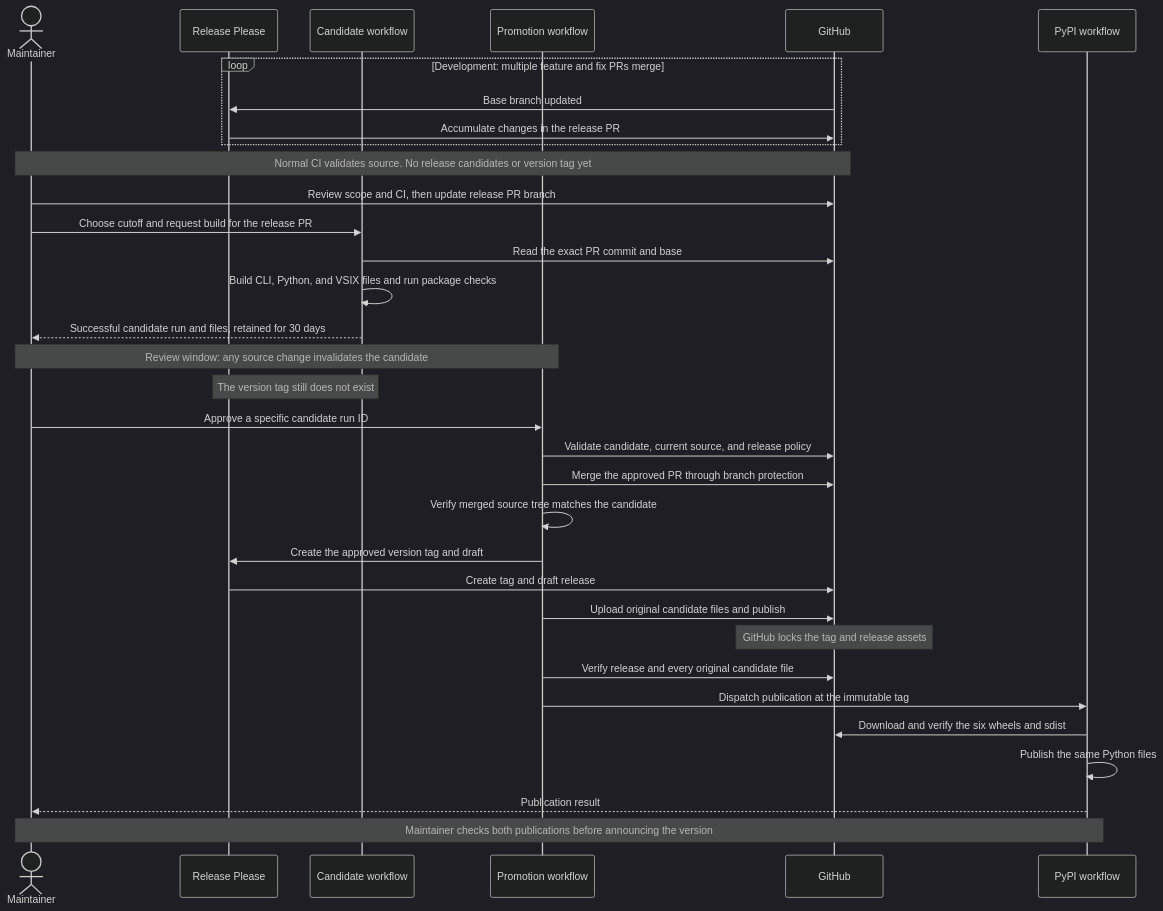
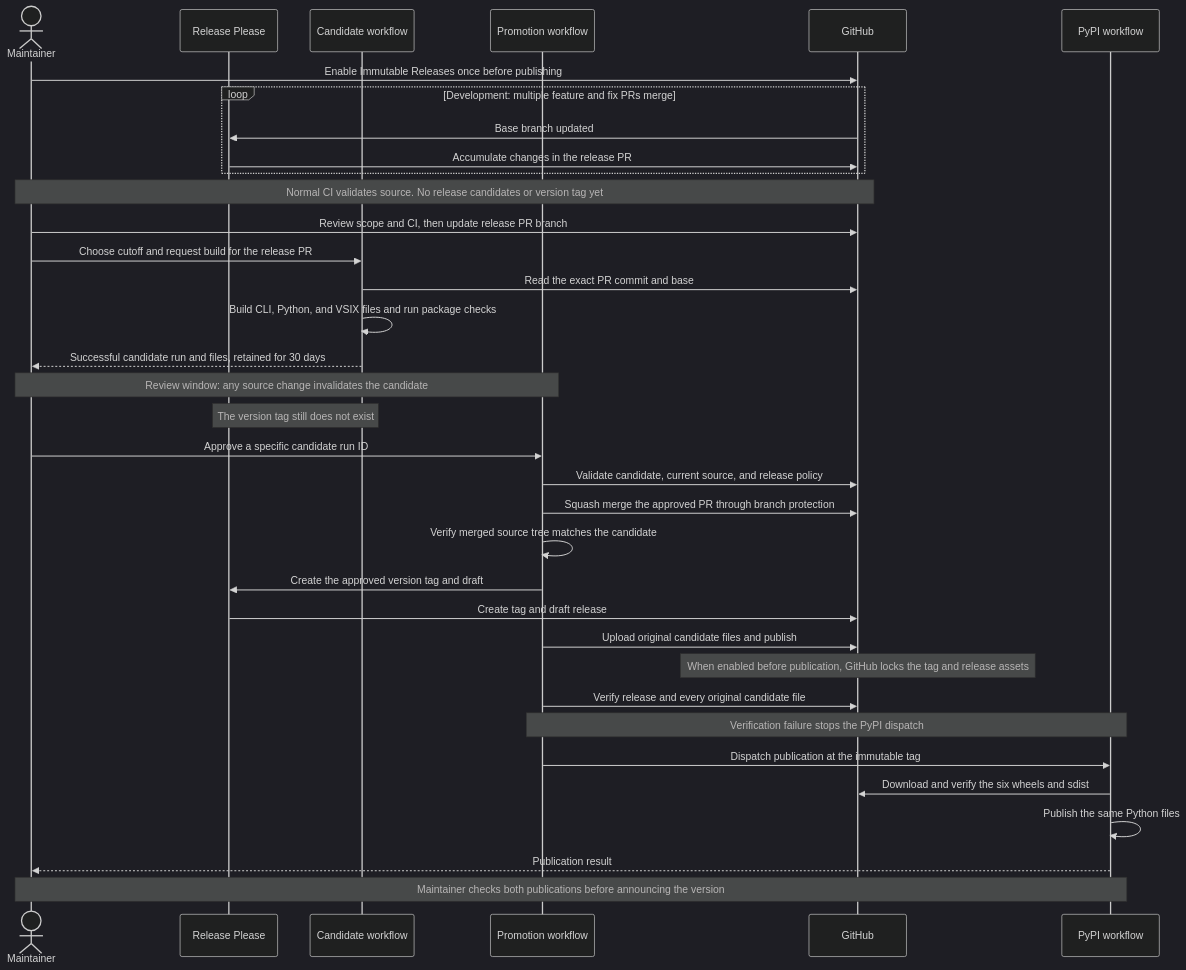
Before and after one commit to NatLabRockies/arco: the first of 2 diagrams in RELEASE_POLICY.md, drawn with Mermaid (dark theme). The commit also changed other lines of this file and 2 other files, not shown here.

First line of the commit message:
fix(release): use GITHUB_TOKEN and squash merges for promotion (#415)

````diff
--- a/RELEASE_POLICY.md
+++ b/RELEASE_POLICY.md
@@ -35,39 +37,41 @@
 ```mermaid
 sequenceDiagram
     actor M as Maintainer
     participant RP as Release Please
     participant B as Candidate workflow
     participant P as Promotion workflow
     participant GH as GitHub
     participant PY as PyPI workflow
 
+    M->>GH: Enable Immutable Releases once before publishing
     loop Development: multiple feature and fix PRs merge
         GH->>RP: Base branch updated
         RP->>GH: Accumulate changes in the release PR
     end
     Note over M,GH: Normal CI validates source. No release candidates or version tag yet
 
     M->>GH: Review scope and CI, then update release PR branch
     M->>B: Choose cutoff and request build for the release PR
     B->>GH: Read the exact PR commit and base
     B->>B: Build CLI, Python, and VSIX files and run package checks
     B-->>M: Successful candidate run and files, retained for 30 days
     Note over M,P: Review window: any source change invalidates the candidate
     Note over RP,B: The version tag still does not exist
 
     M->>P: Approve a specific candidate run ID
     P->>GH: Validate candidate, current source, and release policy
-    P->>GH: Merge the approved PR through branch protection
+    P->>GH: Squash merge the approved PR through branch protection
     P->>P: Verify merged source tree matches the candidate
     P->>RP: Create the approved version tag and draft
     RP->>GH: Create tag and draft release
     P->>GH: Upload original candidate files and publish
-    Note over GH: GitHub locks the tag and release assets
+    Note over GH: When enabled before publication, GitHub locks the tag and release assets
     P->>GH: Verify release and every original candidate file
+    Note over P,PY: Verification failure stops the PyPI dispatch
 
     P->>PY: Dispatch publication at the immutable tag
     PY->>GH: Download and verify the six wheels and sdist
     PY->>PY: Publish the same Python files
     PY-->>M: Publication result
     Note over M,PY: Maintainer checks both publications before announcing the version
 ```
````
